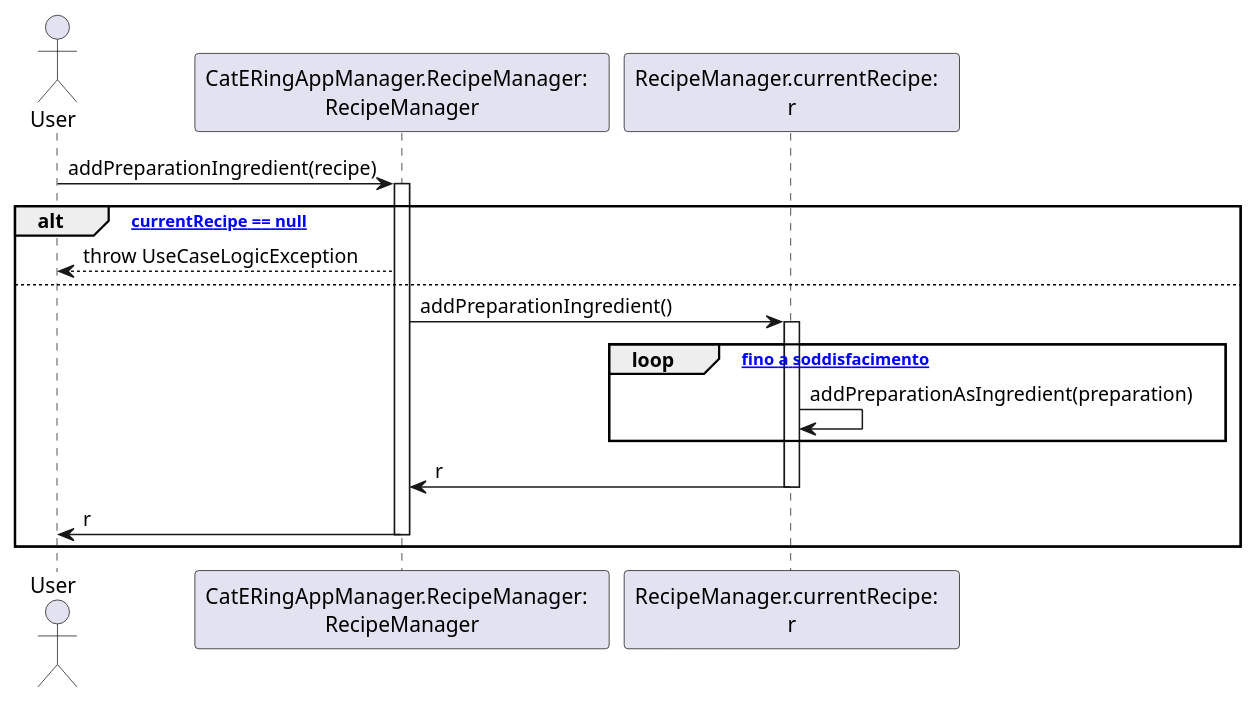
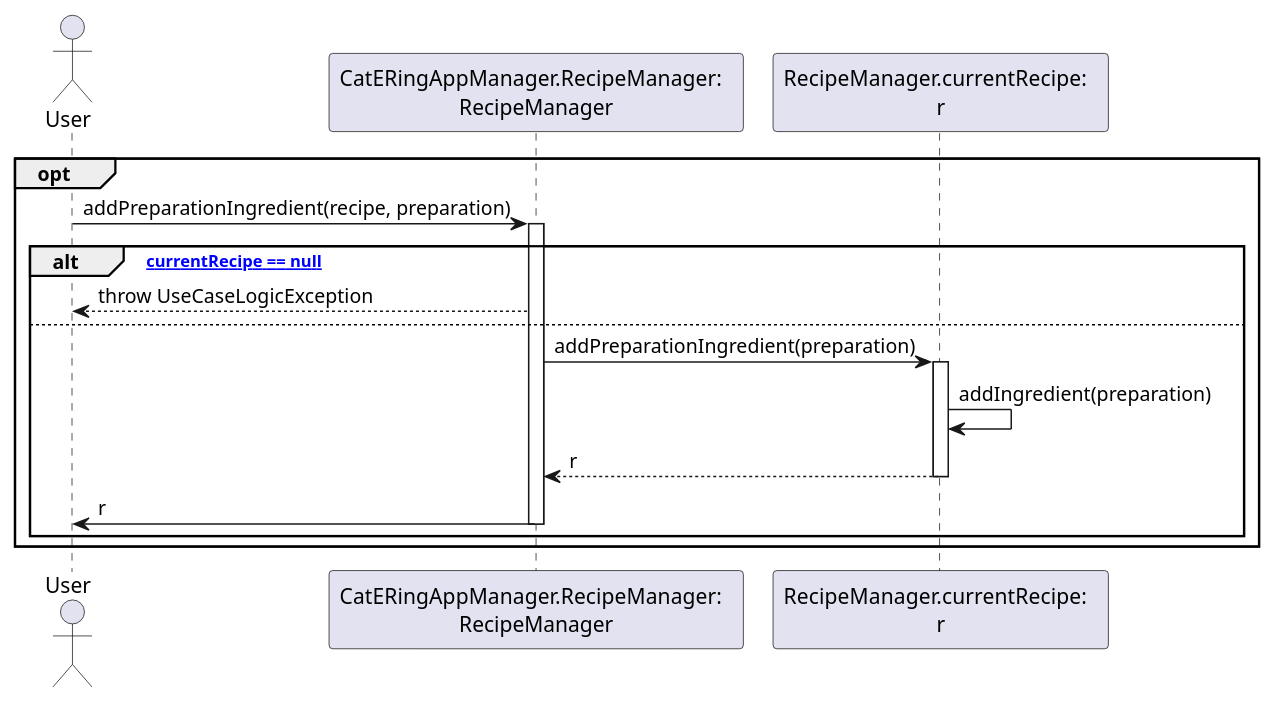
The diagram in dsd/dsd-ricette/3a-addPreparationIngredient.md (m0canu1/sas), drawn with PlantUML before and after one commit. The commit also changed 6 other files, not shown here.

````diff
--- a/dsd/dsd-ricette/3a-addPreparationIngredient.md
+++ b/dsd/dsd-ricette/3a-addPreparationIngredient.md
@@ -1,22 +1,26 @@
 ```plantuml
+
 Actor User
-Participant "CatERingAppManager.RecipeManager:  \nRecipeManager"
-Participant "RecipeManager.currentRecipe:  \nr"
+Participant "CatERingAppManager.RecipeManager:  \nRecipeManager" as RM
+Participant "RecipeManager.currentRecipe:  \nr" as CR
 
-User -> "CatERingAppManager.RecipeManager:  \nRecipeManager": addPreparationIngredient(recipe)
-Activate "CatERingAppManager.RecipeManager:  \nRecipeManager"
+opt 
 
-alt ["currentRecipe == null"]
-	"CatERingAppManager.RecipeManager:  \nRecipeManager" --> User: throw UseCaseLogicException
-else 
-	"CatERingAppManager.RecipeManager:  \nRecipeManager" -> "RecipeManager.currentRecipe:  \nr": addPreparationIngredient()
-	Activate "RecipeManager.currentRecipe:  \nr"
-	loop ["fino a soddisfacimento"]
-		"RecipeManager.currentRecipe:  \nr" -> "RecipeManager.currentRecipe:  \nr": addPreparationAsIngredient(preparation)
+	User -> RM: addPreparationIngredient(recipe, preparation)
+	Activate RM
+
+	alt ["currentRecipe == null"]
+		RM --> User: throw UseCaseLogicException
+	else 
+		RM -> CR: addPreparationIngredient(preparation)
+		Activate CR
+		CR -> CR: addIngredient(preparation)
+		CR --> RM: r
+		Deactivate CR
+		RM -> User: r
+		Deactivate RM
 	end
-	"RecipeManager.currentRecipe:  \nr" -> "CatERingAppManager.RecipeManager:  \nRecipeManager": r
-	Deactivate "RecipeManager.currentRecipe:  \nr"
-	"CatERingAppManager.RecipeManager:  \nRecipeManager" -> User: r
-	Deactivate "CatERingAppManager.RecipeManager:  \nRecipeManager"
+
 end
+
 ```
````
